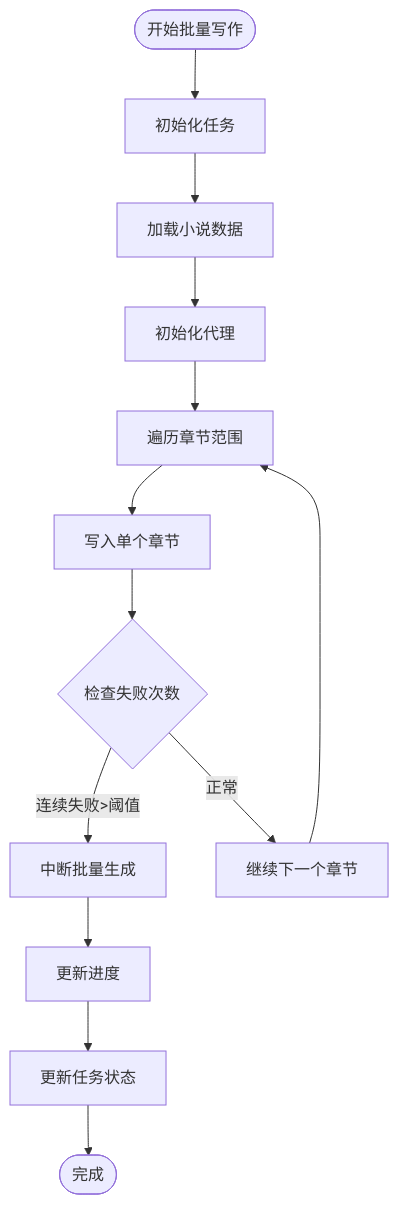
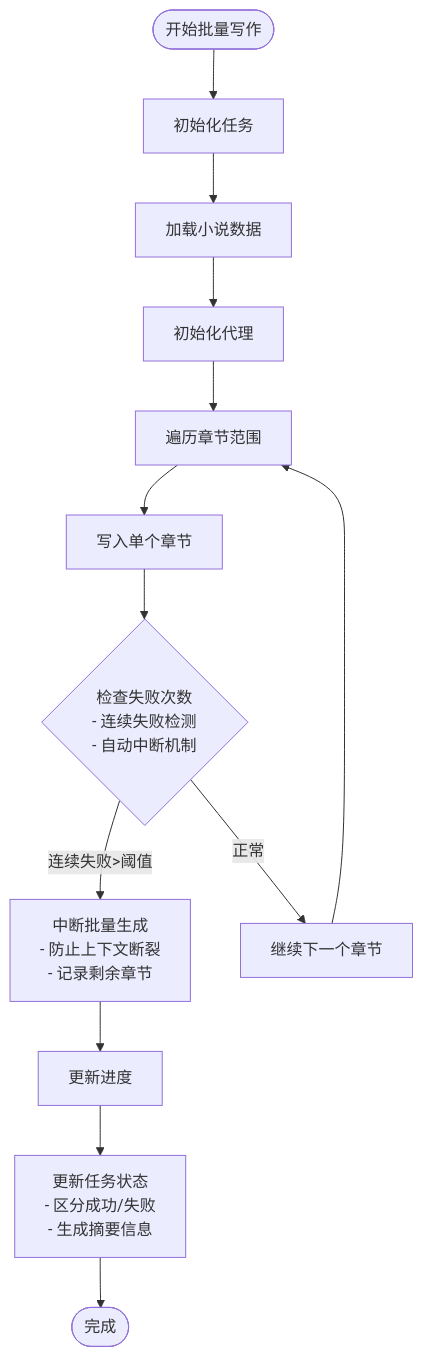
One commit to xfbyxq/ai-novel-system changed the sixth of 10 diagrams in .qoder/repowiki/zh/content/Generation Service.md. Above: the diagram before and after it, drawn with Mermaid. The commit also changed other lines of this file and 4 other files, not shown here.

````diff
--- a/.qoder/repowiki/zh/content/Generation Service.md
+++ b/.qoder/repowiki/zh/content/Generation Service.md
@@ -246,15 +290,15 @@
 ```mermaid
 flowchart TD
 Start([开始批量写作]) --> InitTask["初始化任务"]
 InitTask --> LoadNovel["加载小说数据"]
 LoadNovel --> InitAgent["初始化代理"]
 InitAgent --> LoopChapters["遍历章节范围"]
 LoopChapters --> WriteChapter["写入单个章节"]
-WriteChapter --> CheckFailures{"检查失败次数"}
-CheckFailures --> |连续失败>阈值| Interrupt["中断批量生成"]
+WriteChapter --> CheckFailures{"检查失败次数<br/>- 连续失败检测<br/>- 自动中断机制"}
+CheckFailures --> |连续失败>阈值| Interrupt["中断批量生成<br/>- 防止上下文断裂<br/>- 记录剩余章节"]
 CheckFailures --> |正常| Continue["继续下一个章节"]
 Continue --> LoopChapters
 Interrupt --> UpdateProgress["更新进度"]
-UpdateProgress --> UpdateTask["更新任务状态"]
+UpdateProgress --> UpdateTask["更新任务状态<br/>- 区分成功/失败<br/>- 生成摘要信息"]
 UpdateTask --> End([完成])
 ```
````
